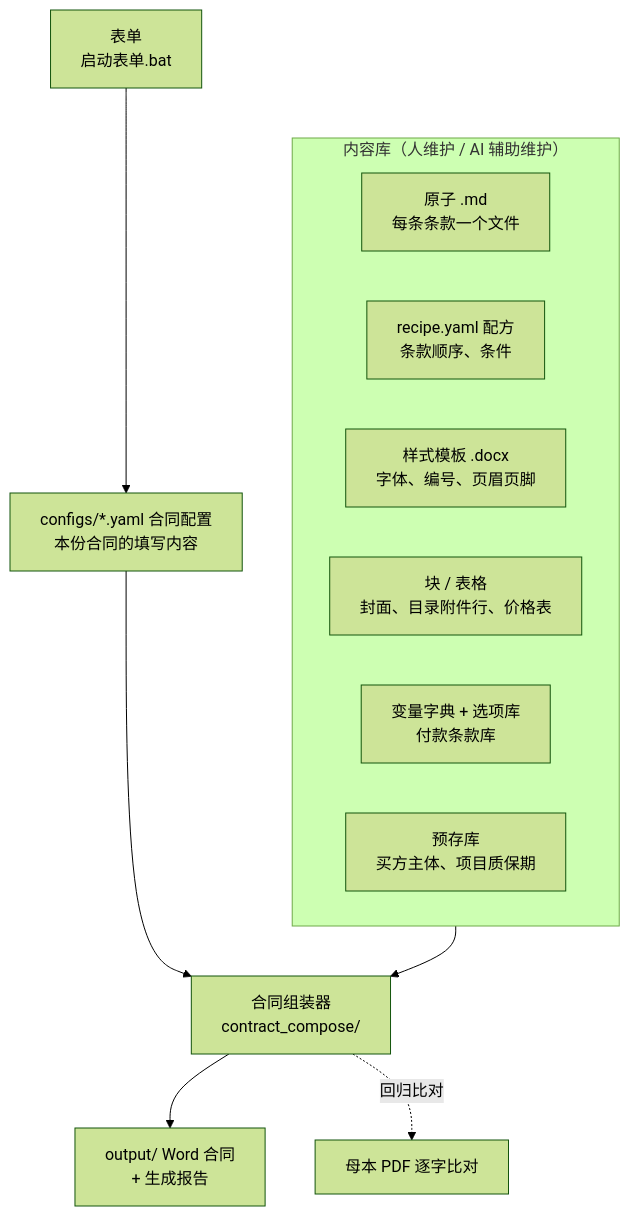
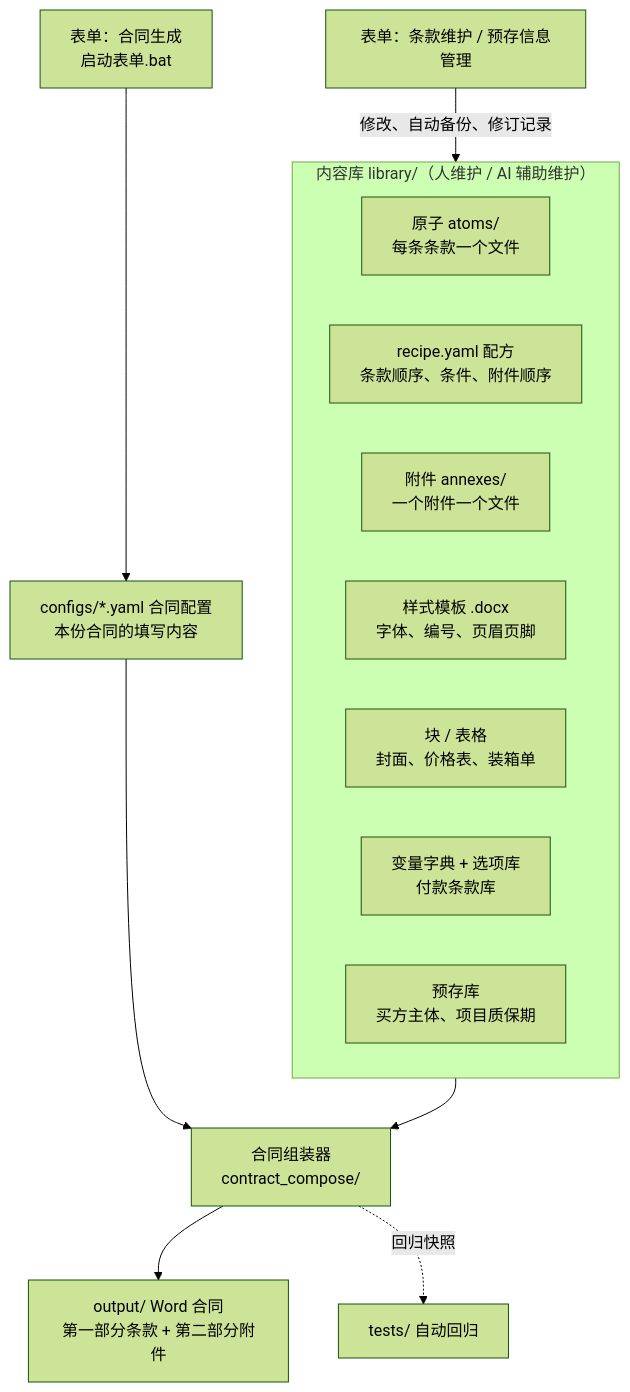
One commit to GavinGSJ/contract-compose changed the diagram in docs/diagrams/1_总体架构.mmd. Above: the diagram before and after it, drawn with Mermaid (forest theme). The commit also changed 7 other files, not shown here.

First line of the commit message:
文档：README 与路线图更新到最新，写入下一阶段六项任务

```diff
--- a/docs/diagrams/1_总体架构.mmd
+++ b/docs/diagrams/1_总体架构.mmd
@@ -1,15 +1,17 @@
 flowchart TB
-  subgraph LIB["内容库（人维护 / AI 辅助维护）"]
+  subgraph LIB["内容库 library/（人维护 / AI 辅助维护）"]
     direction LR
-    A1["原子 .md<br/>每条条款一个文件"]
-    A2["recipe.yaml 配方<br/>条款顺序、条件"]
+    A1["原子 atoms/<br/>每条条款一个文件"]
+    A2["recipe.yaml 配方<br/>条款顺序、条件、附件顺序"]
+    A7["附件 annexes/<br/>一个附件一个文件"]
     A3["样式模板 .docx<br/>字体、编号、页眉页脚"]
-    A4["块 / 表格<br/>封面、目录附件行、价格表"]
+    A4["块 / 表格<br/>封面、价格表、装箱单"]
     A5["变量字典 + 选项库<br/>付款条款库"]
     A6["预存库<br/>买方主体、项目质保期"]
   end
-  FORM["表单<br/>启动表单.bat"] --> CFG["configs/*.yaml 合同配置<br/>本份合同的填写内容"]
+  FORM["表单：合同生成<br/>启动表单.bat"] --> CFG["configs/*.yaml 合同配置<br/>本份合同的填写内容"]
   CFG --> ASM["合同组装器<br/>contract_compose/"]
   LIB --> ASM
-  ASM --> OUT["output/ Word 合同<br/>+ 生成报告"]
-  ASM -.回归比对.-> REG["母本 PDF 逐字比对"]
+  ASM --> OUT["output/ Word 合同<br/>第一部分条款 + 第二部分附件"]
+  EDIT["表单：条款维护 / 预存信息管理"] -->|修改、自动备份、修订记录| LIB
+  ASM -.回归快照.-> REG["tests/ 自动回归"]
```
